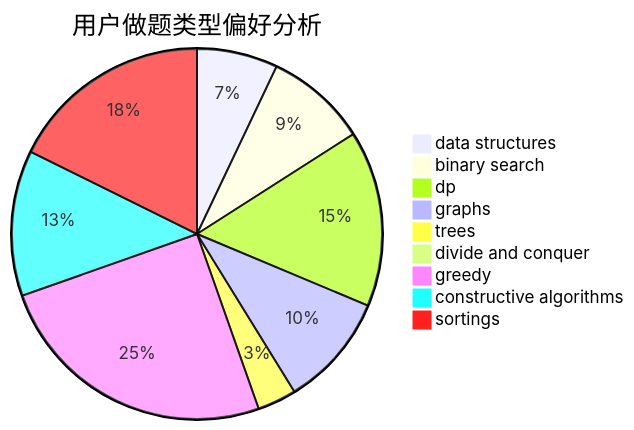
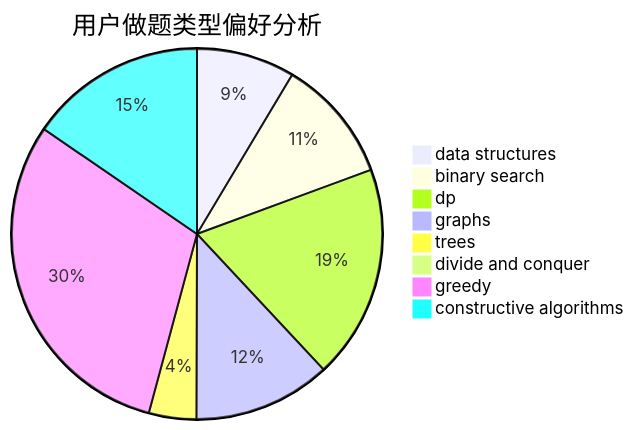
Before and after one commit to sherpahu/cfrs.github.io: the second of 3 diagrams in docs/user/u860.md, drawn with Mermaid. The commit also changed other lines of this file and 2769 other files, not shown here.

````diff
--- a/docs/user/u860.md
+++ b/docs/user/u860.md
@@ -18,12 +18,11 @@
 ```mermaid
 pie title 用户做题类型偏好分析
     "data structures" :  85
     "binary search" :  107
     "dp" :  185
     "graphs" :  119
     "trees" :  41
     "divide and conquer" :  2
     "greedy" :  301
     "constructive algorithms" :  153
-    "sortings" :  213
 ```
````
